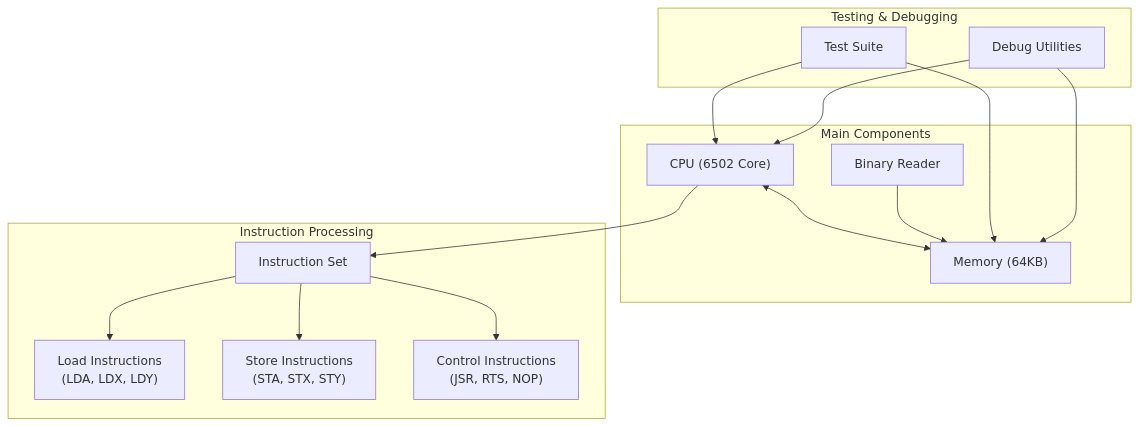
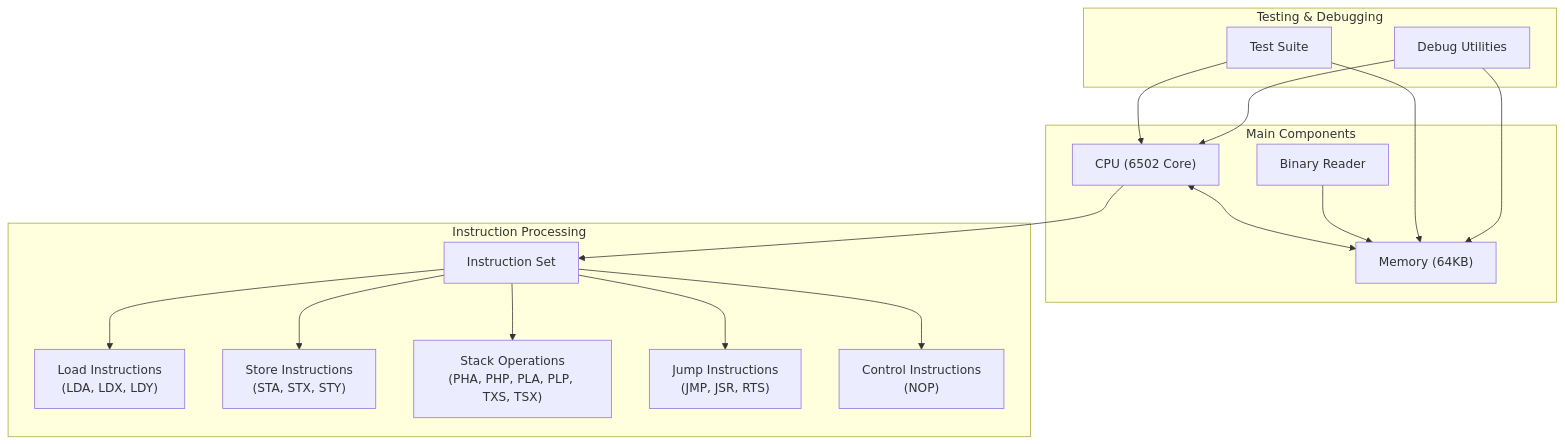
Before and after one commit to dtg-lucifer/6502_emulator: the first of 3 diagrams in docs/ARCHITECTURE.md, drawn with Mermaid. The commit also changed other lines of this file and 4 other files, not shown here.

````diff
--- a/docs/ARCHITECTURE.md
+++ b/docs/ARCHITECTURE.md
@@ -9,28 +9,30 @@
 ```mermaid
 graph TD
     subgraph "Main Components"
         CPU["CPU (6502 Core)"]
         Memory["Memory (64KB)"]
         Reader["Binary Reader"]
     end
 
     subgraph "Instruction Processing"
         InstrSet["Instruction Set"]
         InstrSet --> LDA["Load Instructions<br>(LDA, LDX, LDY)"]
         InstrSet --> STA["Store Instructions<br>(STA, STX, STY)"]
-        InstrSet --> Control["Control Instructions<br>(JSR, RTS, NOP)"]
+        InstrSet --> Stack["Stack Operations<br>(PHA, PHP, PLA, PLP, TXS, TSX)"]
+        InstrSet --> Jump["Jump Instructions<br>(JMP, JSR, RTS)"]
+        InstrSet --> Control["Control Instructions<br>(NOP)"]
     end
 
     subgraph "Testing & Debugging"
         Tests["Test Suite"]
         Debugger["Debug Utilities"]
     end
 
     CPU <--> Memory
     Reader --> Memory
     CPU --> InstrSet
     Tests --> CPU
     Tests --> Memory
     Debugger --> CPU
     Debugger --> Memory
 ```
````
